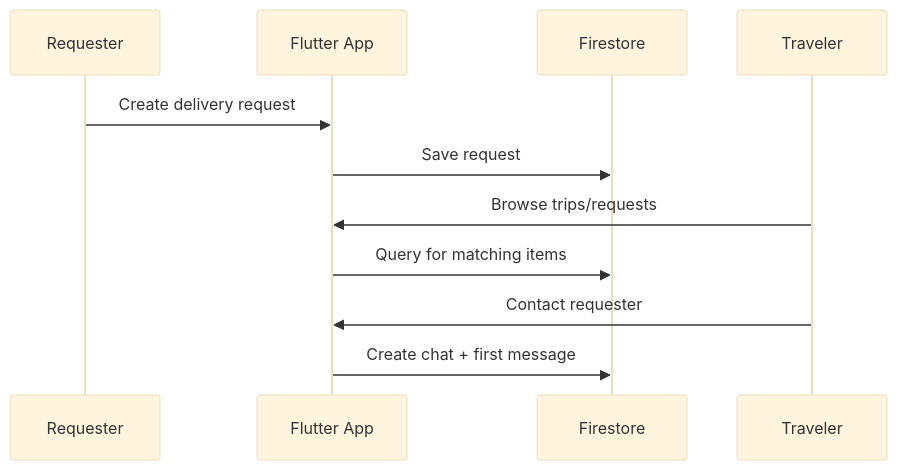
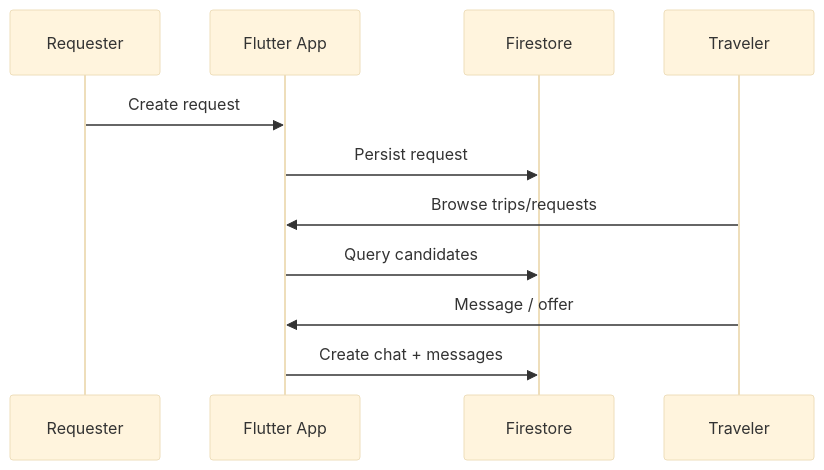
Before and after one commit to Almichot-1/p2p-delivery-platform: the fourth of 4 diagrams in README.md, drawn with Mermaid (base theme). The commit also changed other lines of this file and 3 other files, not shown here.

````diff
--- a/README.md
+++ b/README.md
@@ -161,14 +159,14 @@
 ```mermaid
 sequenceDiagram
   participant R as Requester
   participant App as Flutter App
   participant DB as Firestore
   participant T as Traveler
 
-  R->>App: Create delivery request
-  App->>DB: Save request
+  R->>App: Create request
+  App->>DB: Persist request
   T->>App: Browse trips/requests
-  App->>DB: Query for matching items
-  T->>App: Contact requester
-  App->>DB: Create chat + first message
+  App->>DB: Query candidates
+  T->>App: Message / offer
+  App->>DB: Create chat + messages
 ```
````
